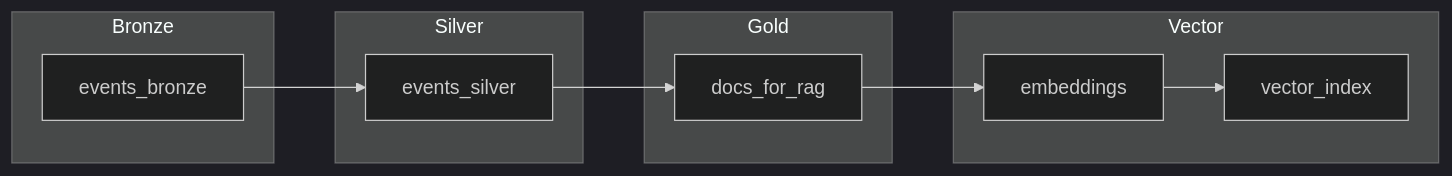
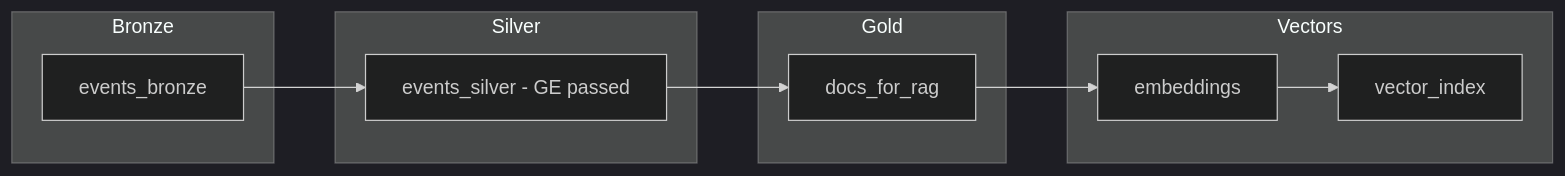
One commit to omidsaraf/AI_Engineer changed the second of 2 diagrams in finalall.md. Above: the diagram before and after it, drawn with Mermaid (dark theme). The commit also changed other lines of this file, not shown here.

````diff
--- a/finalall.md
+++ b/finalall.md
@@ -240,17 +184,23 @@
 ```mermaid
 flowchart LR
-  subgraph Bronze
-    B[events_bronze]
+  %% left-to-right, quoted labels, no parentheses
+
+  subgraph "Bronze"
+    B["events_bronze"]
   end
-  subgraph Silver
-    S[events_silver]
+
+  subgraph "Silver"
+    S["events_silver - GE passed"]
   end
-  subgraph Gold
-    G[docs_for_rag]
+
+  subgraph "Gold"
+    G["docs_for_rag"]
   end
-  subgraph Vector
-    E[embeddings]
-    X[vector_index]
+
+  subgraph "Vectors"
+    E["embeddings"]
+    X["vector_index"]
   end
+
   B --> S --> G --> E --> X
 ```
````
